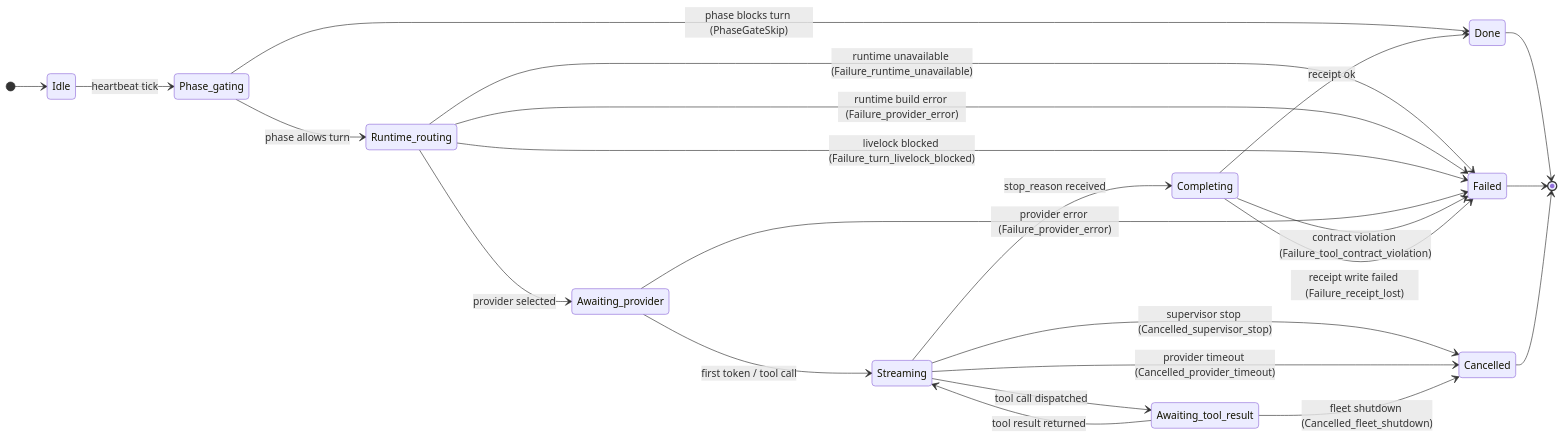
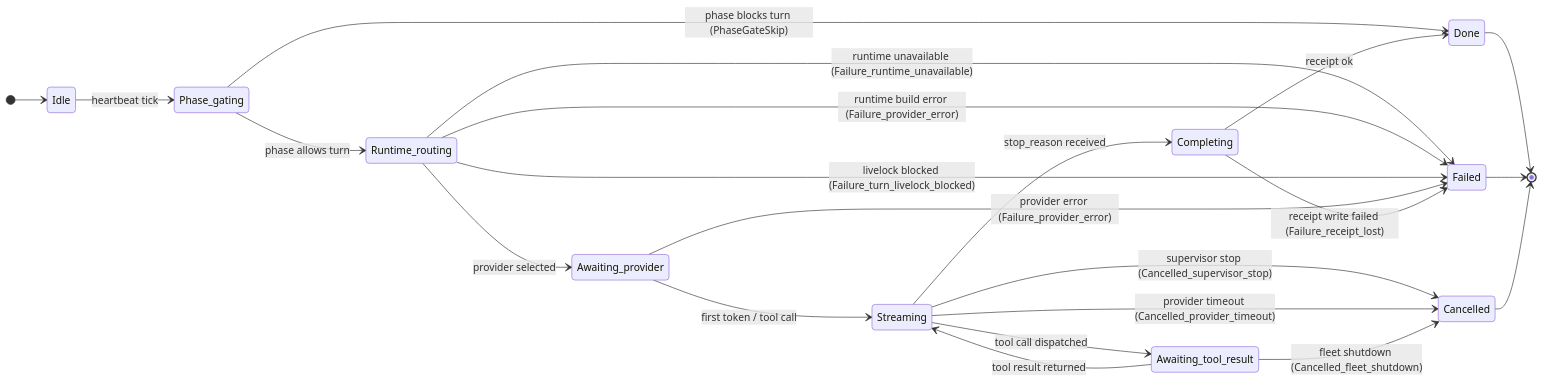
One commit to jeong-sik/masc changed the fifth of 5 diagrams in docs/keeper-turn-lifecycle.md. Above: the diagram before and after it, drawn with Mermaid. The commit also changed 204 other files, not shown here.

Commit message:
Purge keeper tool contract surfaces

````diff
--- a/docs/keeper-turn-lifecycle.md
+++ b/docs/keeper-turn-lifecycle.md
@@ -200,26 +200,25 @@
 ```mermaid
 stateDiagram-v2
     direction LR
     [*] --> Idle
     Idle --> Phase_gating: heartbeat tick
     Phase_gating --> Done: phase blocks turn (PhaseGateSkip)
     Phase_gating --> Runtime_routing: phase allows turn
     Runtime_routing --> Failed: runtime unavailable (Failure_runtime_unavailable)
     Runtime_routing --> Failed: runtime build error (Failure_provider_error)
     Runtime_routing --> Failed: livelock blocked (Failure_turn_livelock_blocked)
     Runtime_routing --> Awaiting_provider: provider selected
     Awaiting_provider --> Streaming: first token / tool call
     Awaiting_provider --> Failed: provider error (Failure_provider_error)
     Streaming --> Awaiting_tool_result: tool call dispatched
     Awaiting_tool_result --> Streaming: tool result returned
     Streaming --> Completing: stop_reason received
     Completing --> Done: receipt ok
-    Completing --> Failed: contract violation (Failure_tool_contract_violation)
     Completing --> Failed: receipt write failed (Failure_receipt_lost)
     Streaming --> Cancelled: supervisor stop (Cancelled_supervisor_stop)
     Streaming --> Cancelled: provider timeout (Cancelled_provider_timeout)
     Awaiting_tool_result --> Cancelled: fleet shutdown (Cancelled_fleet_shutdown)
     Done --> [*]
     Failed --> [*]
     Cancelled --> [*]
 ```
````
